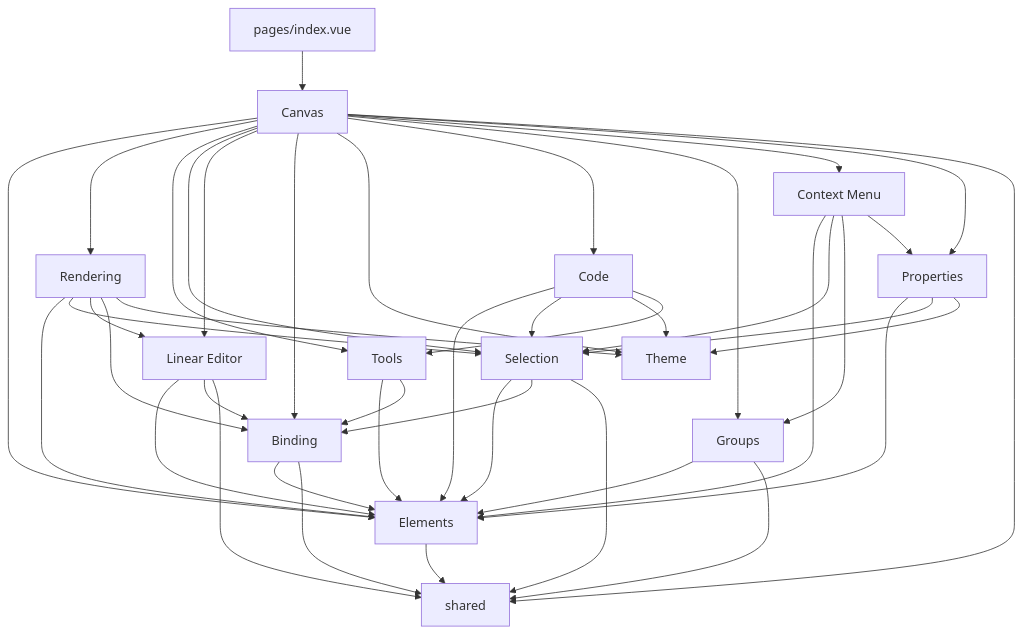
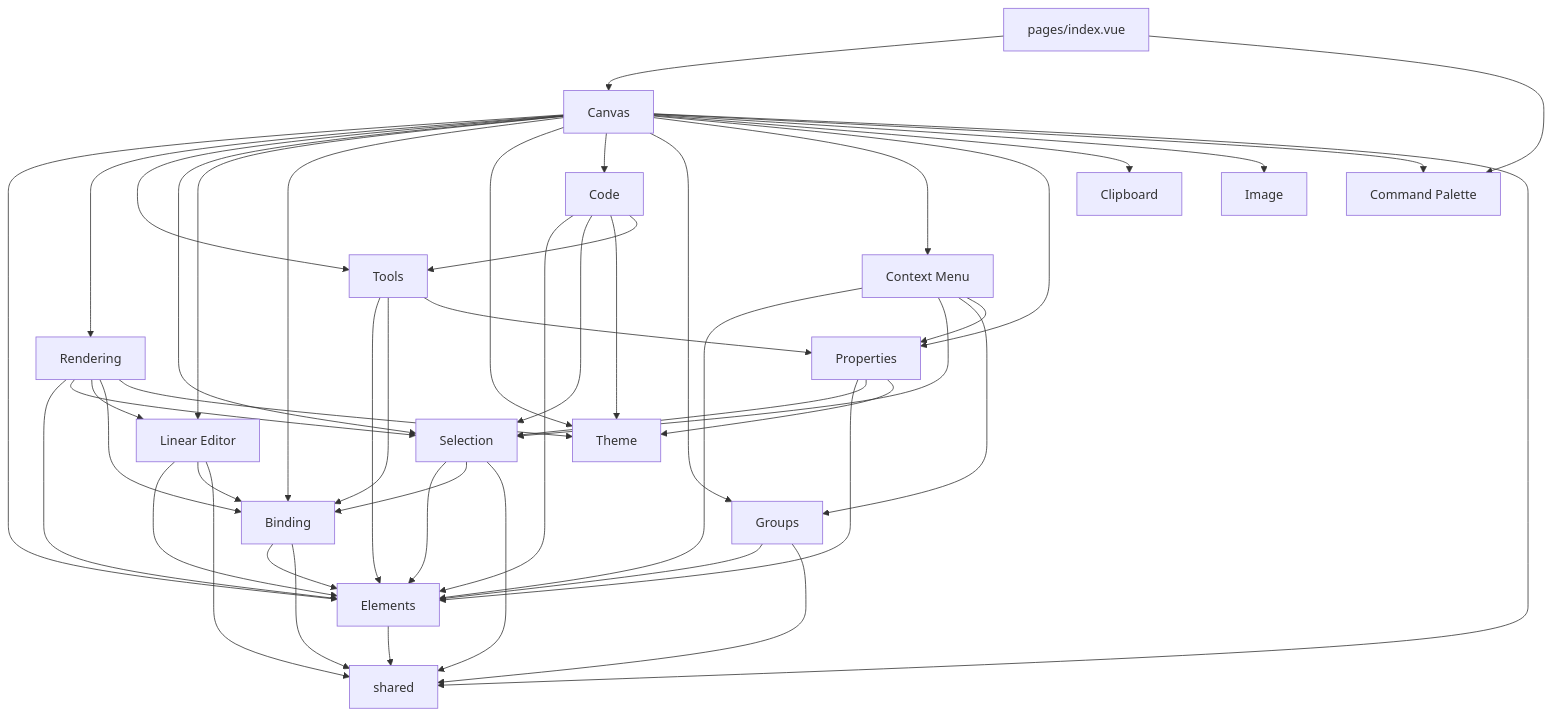
One commit to alexanderop/excalidrawNuxt changed the diagram in docs/SYSTEM_KNOWLEDGE_MAP.md. Above: the diagram before and after it, drawn with Mermaid. The commit also changed other lines of this file and 7 other files, not shown here.

````diff
--- a/docs/SYSTEM_KNOWLEDGE_MAP.md
+++ b/docs/SYSTEM_KNOWLEDGE_MAP.md
@@ -26,55 +29,61 @@
 ```mermaid
 graph TD
     Pages[pages/index.vue] --> Canvas
     Canvas --> Elements
     Canvas --> Rendering
     Canvas --> Tools
     Canvas --> Selection
     Canvas --> LinearEditor[Linear Editor]
     Canvas --> Binding
     Canvas --> Theme
     Canvas --> Code
     Canvas --> Groups
     Canvas --> ContextMenu[Context Menu]
     Canvas --> Properties
+    Canvas --> Clipboard
+    Canvas --> Image
+    Canvas --> CommandPalette[Command Palette]
 
     ContextMenu --> Elements
     ContextMenu --> Selection
     ContextMenu --> Groups
     ContextMenu --> Properties
 
     Properties --> Elements
     Properties --> Selection
     Properties --> Theme
 
     Tools --> Elements
     Tools --> Binding
+    Tools --> Properties
 
     Code --> Elements
     Code --> Selection
     Code --> Theme
     Code --> Tools
 
     Rendering --> Elements
     Rendering --> Selection
     Rendering --> LinearEditor
     Rendering --> Binding
     Rendering --> Theme
 
     Selection --> Elements
     Selection --> Binding
 
     LinearEditor --> Elements
     LinearEditor --> Binding
 
     Binding --> Elements
 
     Groups --> Elements
 
+    Pages --> CommandPalette
+
     Elements --> shared
     Canvas --> shared
     Selection --> shared
     LinearEditor --> shared
     Binding --> shared
     Groups --> shared
 ```
````
